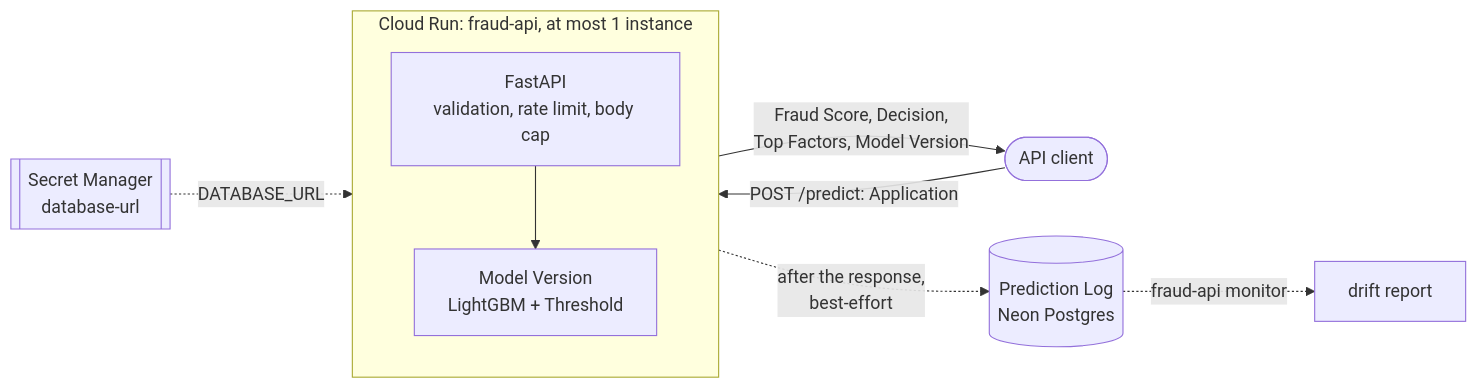
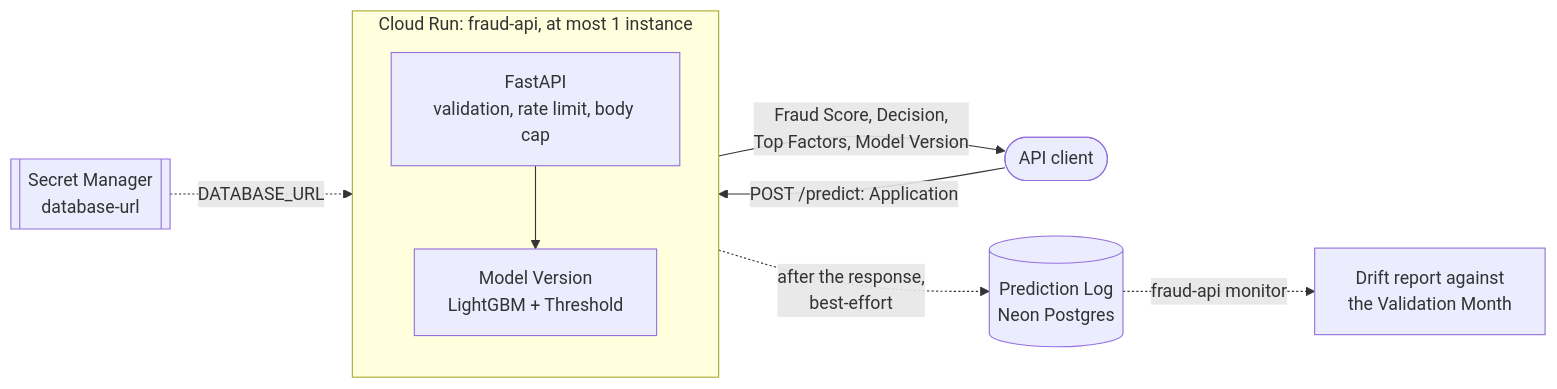
Before and after one commit to montedeu/Fraud-API: the first of 2 diagrams in README.md, drawn with Mermaid. The commit also changed other lines of this file, not shown here.

Commit message:
Address review: README numbers from fraud-api readme, every undo path, WIF for every GCP step

````diff
--- a/README.md
+++ b/README.md
@@ -55,18 +55,18 @@
 ```mermaid
 flowchart LR
     client(["API client"])
     subgraph run["Cloud Run: fraud-api, at most 1 instance"]
         direction TB
         api["FastAPI<br/>validation, rate limit, body cap"]
         model["Model Version<br/>LightGBM + Threshold"]
         api --> model
     end
     log[("Prediction Log<br/>Neon Postgres")]
     secret[["Secret Manager<br/>database-url"]]
 
     client -- "POST /predict: Application" --> api
     model -- "Fraud Score, Decision,<br/>Top Factors, Model Version" --> client
     run -. "after the response,<br/>best-effort" .-> log
     secret -. "DATABASE_URL" .-> run
-    log -. "fraud-api monitor" .-> drift["drift report"]
+    log -. "fraud-api monitor" .-> drift["Drift report against<br/>the Validation Month"]
 ```
````
